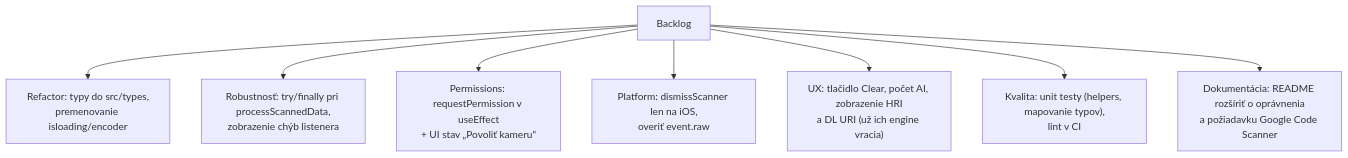
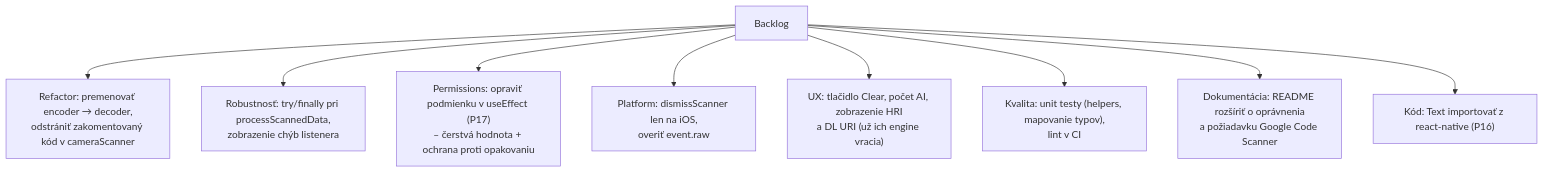
One commit to GS1SlovakiaOrg/expo-gs1-s-e-example changed the diagram in docs/08-obmedzenia-a-znama-problemy.md. Above: the diagram before and after it, drawn with Mermaid. The commit also changed other lines of this file and 5 other files, not shown here.

````diff
--- a/docs/08-obmedzenia-a-znama-problemy.md
+++ b/docs/08-obmedzenia-a-znama-problemy.md
@@ -76,10 +82,11 @@
 ```mermaid
 flowchart TD
-    B[Backlog] --> T1["Refactor: typy do src/types,<br/>premenovanie isloading/encoder"]
+    B[Backlog] --> T1["Refactor: premenovať encoder → decoder,<br/>odstrániť zakomentovaný kód v cameraScanner"]
     B --> T2["Robustnosť: try/finally pri processScannedData,<br/>zobrazenie chýb listenera"]
-    B --> T3["Permissions: requestPermission v useEffect<br/>+ UI stav „Povoliť kameru“"]
+    B --> T3["Permissions: opraviť podmienku v useEffect (P17)<br/>– čerstvá hodnota + ochrana proti opakovaniu"]
     B --> T4["Platform: dismissScanner len na iOS,<br/>overiť event.raw"]
     B --> T5["UX: tlačidlo Clear, počet AI, zobrazenie HRI<br/>a DL URI (už ich engine vracia)"]
     B --> T6["Kvalita: unit testy (helpers, mapovanie typov),<br/>lint v CI"]
     B --> T7["Dokumentácia: README rozšíriť o oprávnenia<br/>a požiadavku Google Code Scanner"]
+    B --> T8["Kód: Text importovať z react-native (P16)"]
 ```
````
